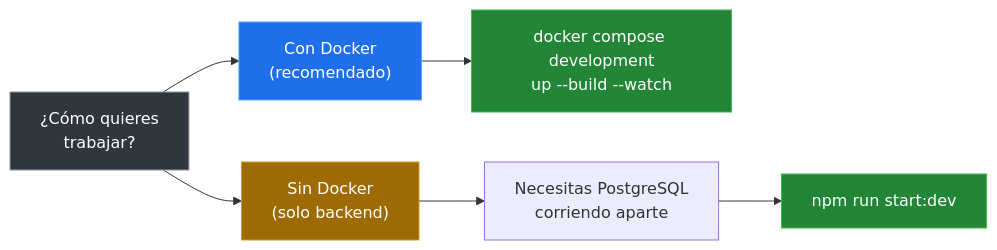
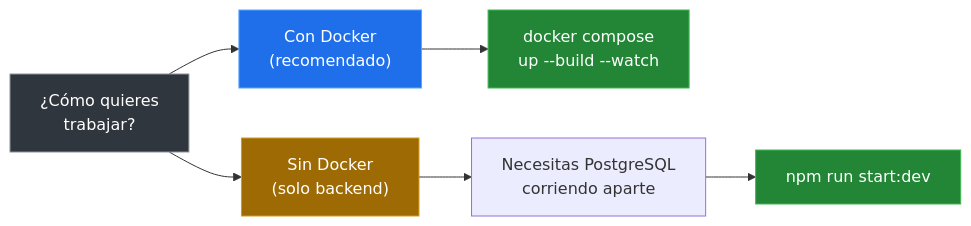
Before and after one commit to TURTLE-URP/TURTLE-Backend: the diagram in docs/06-desarrollo.md, drawn with Mermaid. The commit also changed other lines of this file and 6 other files, not shown here.

Commit message:
feat: restructure Docker setup by consolidating configurations into a single compose.yaml file and removing pgAdmin references

````diff
--- a/docs/06-desarrollo.md
+++ b/docs/06-desarrollo.md
@@ -17,14 +17,14 @@
 ```mermaid
 flowchart LR
     A["¿Cómo quieres\ntrabajar?"] --> B["Con Docker\n(recomendado)"]
     A --> C["Sin Docker\n(solo backend)"]
-    B --> D["docker compose development\nup --build --watch"]
+    B --> D["docker compose\nup --build --watch"]
     C --> E["Necesitas PostgreSQL\ncorriendo aparte"]
     E --> F["npm run start:dev"]
 
     style A fill:#30363d,stroke:#8b949e,color:#fff
     style B fill:#1f6feb,stroke:#58a6ff,color:#fff
     style C fill:#9e6a03,stroke:#d29922,color:#fff
     style D fill:#238636,stroke:#3fb950,color:#fff
     style F fill:#238636,stroke:#3fb950,color:#fff
 ```
````
